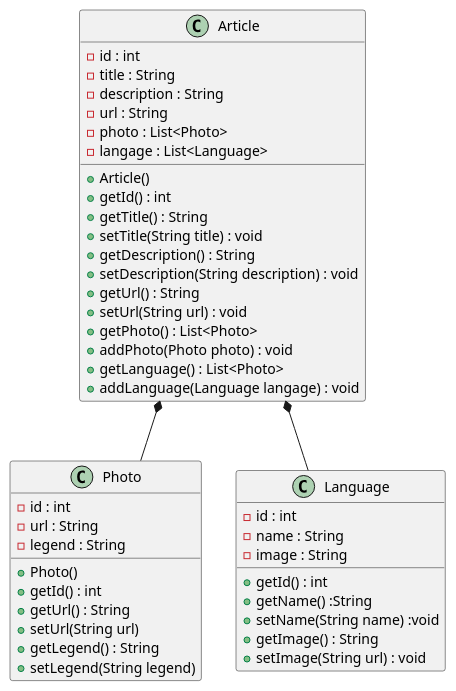
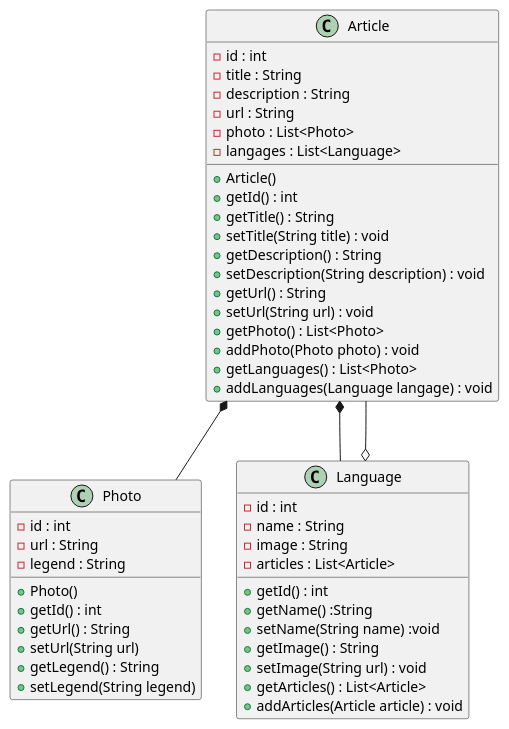
The diagram in model.plantuml (chris-tophe/MyWebSite), drawn with PlantUML before and after one commit. The commit also changed 12 other files, not shown here.

Commit message:
Ajout language et projet Ajout des tags et du nombre de projets par langage Mise a jour du model

```diff
--- a/model.plantuml
+++ b/model.plantuml
@@ -1,56 +1,60 @@
 @startuml MonsiteWebModel
 
 Article *-- Photo
 Article *-- Language
+Article --o Language
 
 class Article {
 
     - id : int
     - title : String 
     - description : String
     - url : String
     - photo : List<Photo>
-    - langage : List<Language>
+    - langages : List<Language>
 
     + Article()
     + getId() : int
     + getTitle() : String
     + setTitle(String title) : void
     + getDescription() : String
     + setDescription(String description) : void
     + getUrl() : String
     + setUrl(String url) : void
     + getPhoto() : List<Photo>
     + addPhoto(Photo photo) : void
-    + getLanguage() : List<Photo>
-    + addLanguage(Language langage) : void
+    + getLanguages() : List<Photo>
+    + addLanguages(Language langage) : void
 }
 
 
 
 class Photo {
     - id : int
     - url : String
     - legend : String
 
     + Photo()
     + getId() : int
     + getUrl() : String
     + setUrl(String url)
     + getLegend() : String
     + setLegend(String legend)
 }
 
 class Language {
     -id : int
     -name : String
     -image : String
+    -articles : List<Article>
 
     + getId() : int
     +getName() :String
     +setName(String name) :void
     +getImage() : String
     +setImage(String url) : void
+    + getArticles() : List<Article>
+    + addArticles(Article article) : void
 }
 
 @enduml
```
